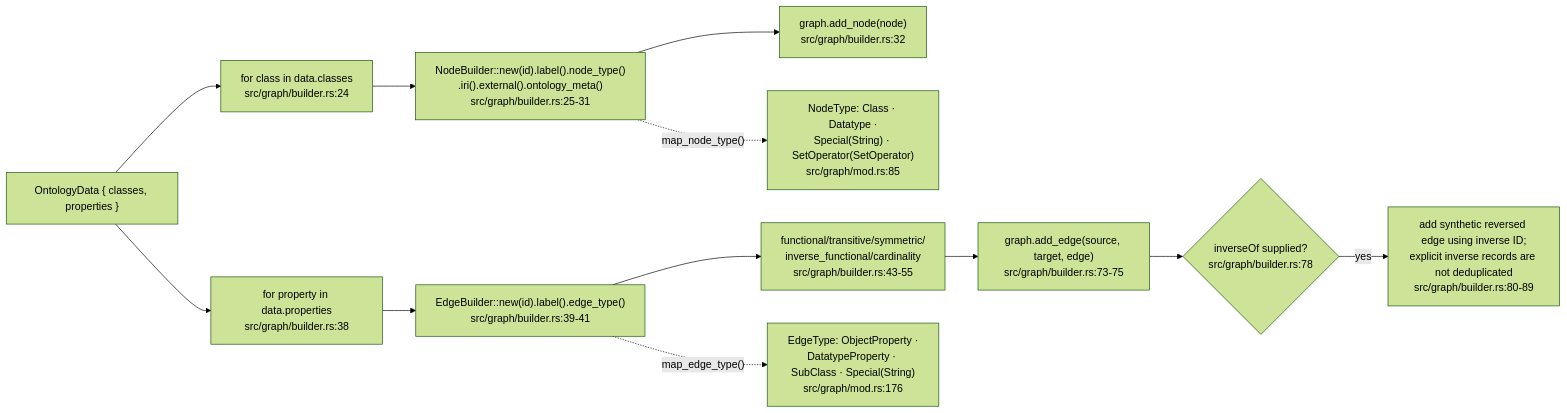
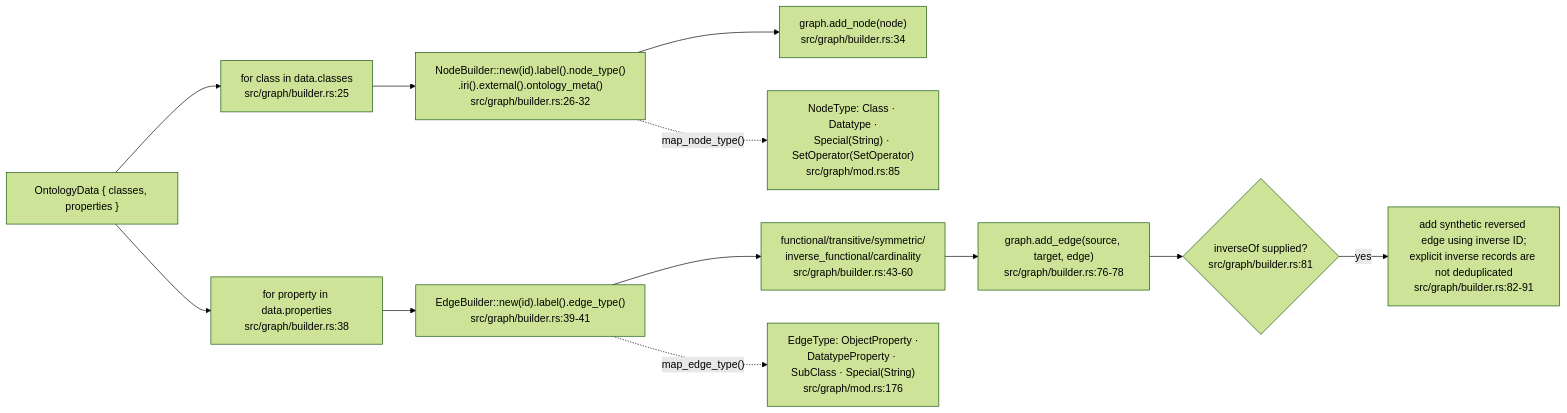
Before and after one commit to DreamLab-AI/VisionFlow: the third of 5 diagrams in docs/diagrams/vowl-wasm/02-owl-parse-to-graph-model.md, drawn with Mermaid (forest theme). The commit also changed other lines of this file and 48 other files, not shown here.

Commit message:
docs: reconcile estate repairs and first diagram refresh batch

````diff
--- a/docs/diagrams/vowl-wasm/02-owl-parse-to-graph-model.md
+++ b/docs/diagrams/vowl-wasm/02-owl-parse-to-graph-model.md
@@ -68,14 +68,14 @@
 ```mermaid
 flowchart LR
-    OD["OntologyData { classes, properties }"] --> LOOP1["for class in data.classes<br/>src/graph/builder.rs:24"]
-    LOOP1 --> NB["NodeBuilder::new(id).label().node_type()<br/>.iri().external().ontology_meta()<br/>src/graph/builder.rs:25-31"]
-    NB --> ADDN["graph.add_node(node)<br/>src/graph/builder.rs:32"]
+    OD["OntologyData { classes, properties }"] --> LOOP1["for class in data.classes<br/>src/graph/builder.rs:25"]
+    LOOP1 --> NB["NodeBuilder::new(id).label().node_type()<br/>.iri().external().ontology_meta()<br/>src/graph/builder.rs:26-32"]
+    NB --> ADDN["graph.add_node(node)<br/>src/graph/builder.rs:34"]
     OD --> LOOP2["for property in data.properties<br/>src/graph/builder.rs:38"]
     LOOP2 --> EB["EdgeBuilder::new(id).label().edge_type()<br/>src/graph/builder.rs:39-41"]
-    EB --> CHAR["functional/transitive/symmetric/<br/>inverse_functional/cardinality<br/>src/graph/builder.rs:43-55"]
-    CHAR --> ADDE["graph.add_edge(source, target, edge)<br/>src/graph/builder.rs:73-75"]
-    ADDE --> INV{"inverseOf supplied?<br/>src/graph/builder.rs:78"}
-    INV -->|yes| EXTRA["add synthetic reversed edge using inverse ID;<br/>explicit inverse records are not deduplicated<br/>src/graph/builder.rs:80-89"]
+    EB --> CHAR["functional/transitive/symmetric/<br/>inverse_functional/cardinality<br/>src/graph/builder.rs:43-60"]
+    CHAR --> ADDE["graph.add_edge(source, target, edge)<br/>src/graph/builder.rs:76-78"]
+    ADDE --> INV{"inverseOf supplied?<br/>src/graph/builder.rs:81"}
+    INV -->|yes| EXTRA["add synthetic reversed edge using inverse ID;<br/>explicit inverse records are not deduplicated<br/>src/graph/builder.rs:82-91"]
     NB -.->|"map_node_type()"| NT["NodeType: Class · Datatype ·<br/>Special(String) · SetOperator(SetOperator)<br/>src/graph/mod.rs:85"]
     EB -.->|"map_edge_type()"| ET["EdgeType: ObjectProperty ·<br/>DatatypeProperty · SubClass · Special(String)<br/>src/graph/mod.rs:176"]
 ```
````
